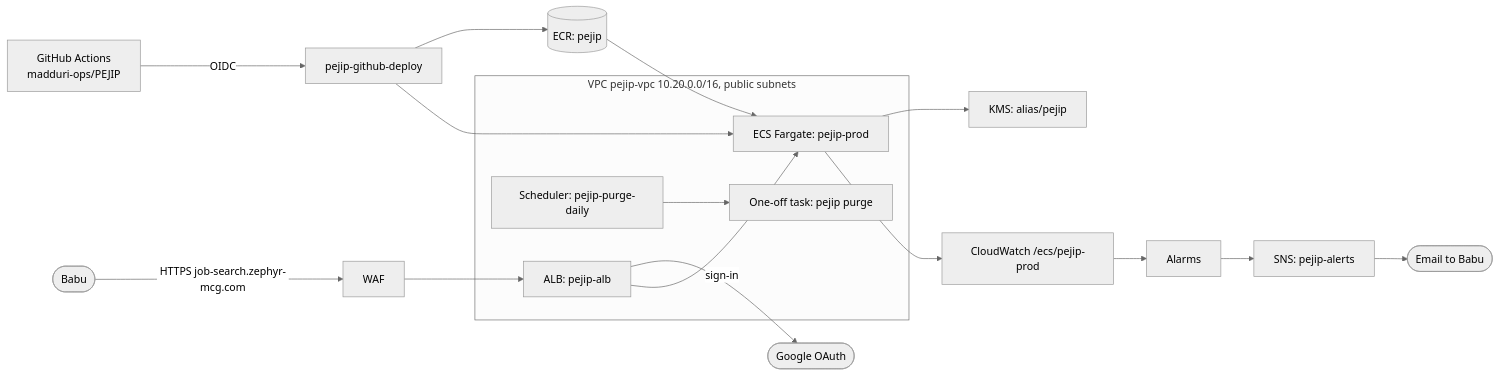
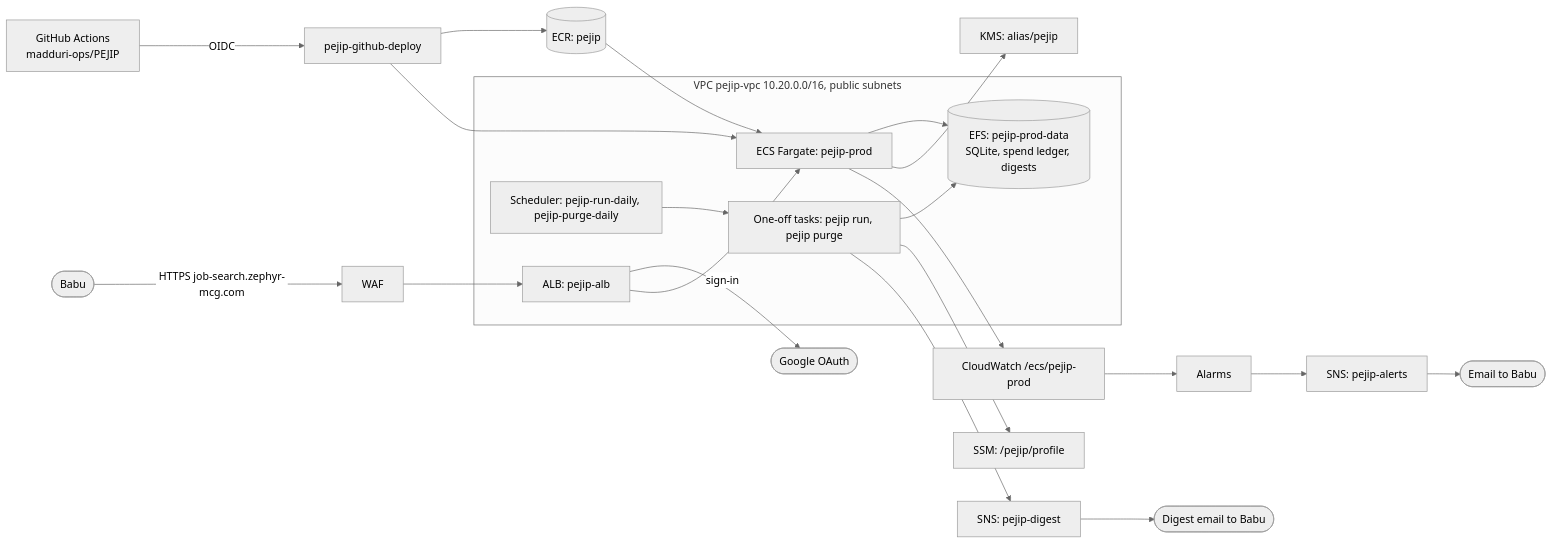
Before and after one commit to madduri-ops/PEJIP: the second of 2 diagrams in docs/architecture/overview.md, drawn with Mermaid (neutral theme). The commit also changed other lines of this file and 37 other files, not shown here.

````diff
--- a/docs/architecture/overview.md
+++ b/docs/architecture/overview.md
@@ -70,16 +74,20 @@
 ```mermaid
 flowchart LR
     gh[GitHub Actions<br/>madduri-ops/PEJIP] -- OIDC --> role[pejip-github-deploy]
     role --> ecr[(ECR: pejip)]
     role --> svc
     user([Babu]) -- HTTPS job-search.zephyr-mcg.com --> waf[WAF] --> alb[ALB: pejip-alb]
     alb -- sign-in --> google([Google OAuth])
     subgraph vpc[VPC pejip-vpc 10.20.0.0/16, public subnets]
         alb --> svc[ECS Fargate: pejip-prod]
-        sched[Scheduler: pejip-purge-daily] --> purge[One-off task: pejip purge]
+        sched[Scheduler: pejip-run-daily, pejip-purge-daily] --> run[One-off tasks: pejip run, pejip purge]
+        run --> efs[(EFS: pejip-prod-data<br/>SQLite, spend ledger, digests)]
+        svc --> efs
     end
+    run --> ssm[SSM: /pejip/profile]
+    run --> digestsns[SNS: pejip-digest] --> digestmail([Digest email to Babu])
     ecr --> svc
     svc --> kms[KMS: alias/pejip]
     svc --> logs[CloudWatch /ecs/pejip-prod]
     logs --> alarms[Alarms] --> sns[SNS: pejip-alerts] --> mail([Email to Babu])
 ```
````
